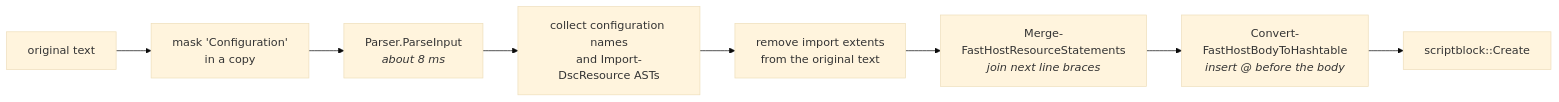
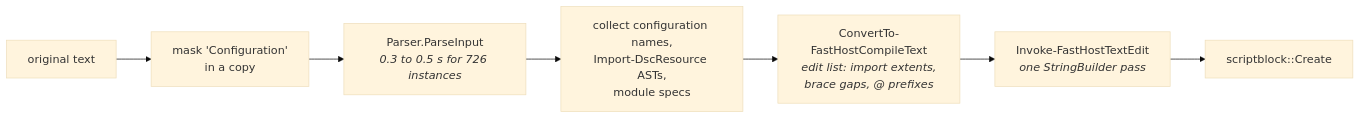
Before and after one commit to FabienTschanz/Microsoft365DSC: the fourth of 8 diagrams in docs/ConfigurationFastCompileHost.md, drawn with Mermaid (base theme). The commit also changed other lines of this file and 11 other files, not shown here.

Commit message:
Bump PSDSC version to 3.1.7, add performance measure scripts, updated fast-host compilation and blog posts

````diff
--- a/docs/ConfigurationFastCompileHost.md
+++ b/docs/ConfigurationFastCompileHost.md
@@ -306,10 +315,9 @@
 ```mermaid
 flowchart LR
     src["original text"] --> mask1["mask 'Configuration'<br/>in a copy"]
-    mask1 --> parse1["Parser.ParseInput<br/><i>about 8 ms</i>"]
-    parse1 --> collect["collect configuration names<br/>and Import-DscResource ASTs"]
-    collect --> strip["remove import extents<br/>from the original text"]
-    strip --> merge["Merge-FastHostResourceStatements<br/><i>join next line braces</i>"]
-    merge --> hash["Convert-FastHostBodyToHashtable<br/><i>insert @ before the body</i>"]
-    hash --> sb["scriptblock::Create"]
+    mask1 --> parse1["Parser.ParseInput<br/><i>0.3 to 0.5 s for 726 instances</i>"]
+    parse1 --> collect["collect configuration names,<br/>Import-DscResource ASTs,<br/>module specs"]
+    collect --> edits["ConvertTo-FastHostCompileText<br/><i>edit list: import extents,<br/>brace gaps, @ prefixes</i>"]
+    edits --> apply["Invoke-FastHostTextEdit<br/><i>one StringBuilder pass</i>"]
+    apply --> sb["scriptblock::Create"]
 ```
````
